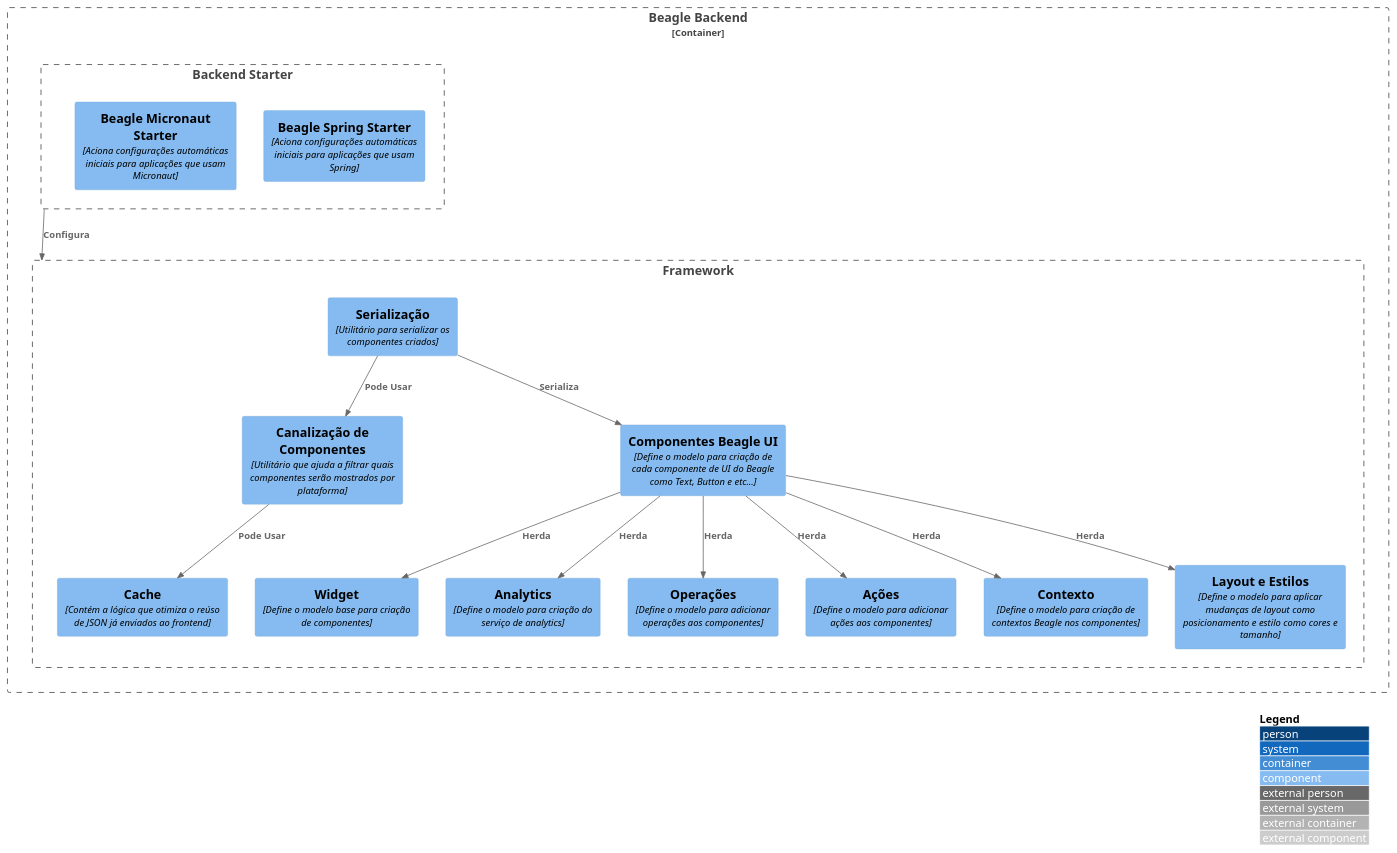
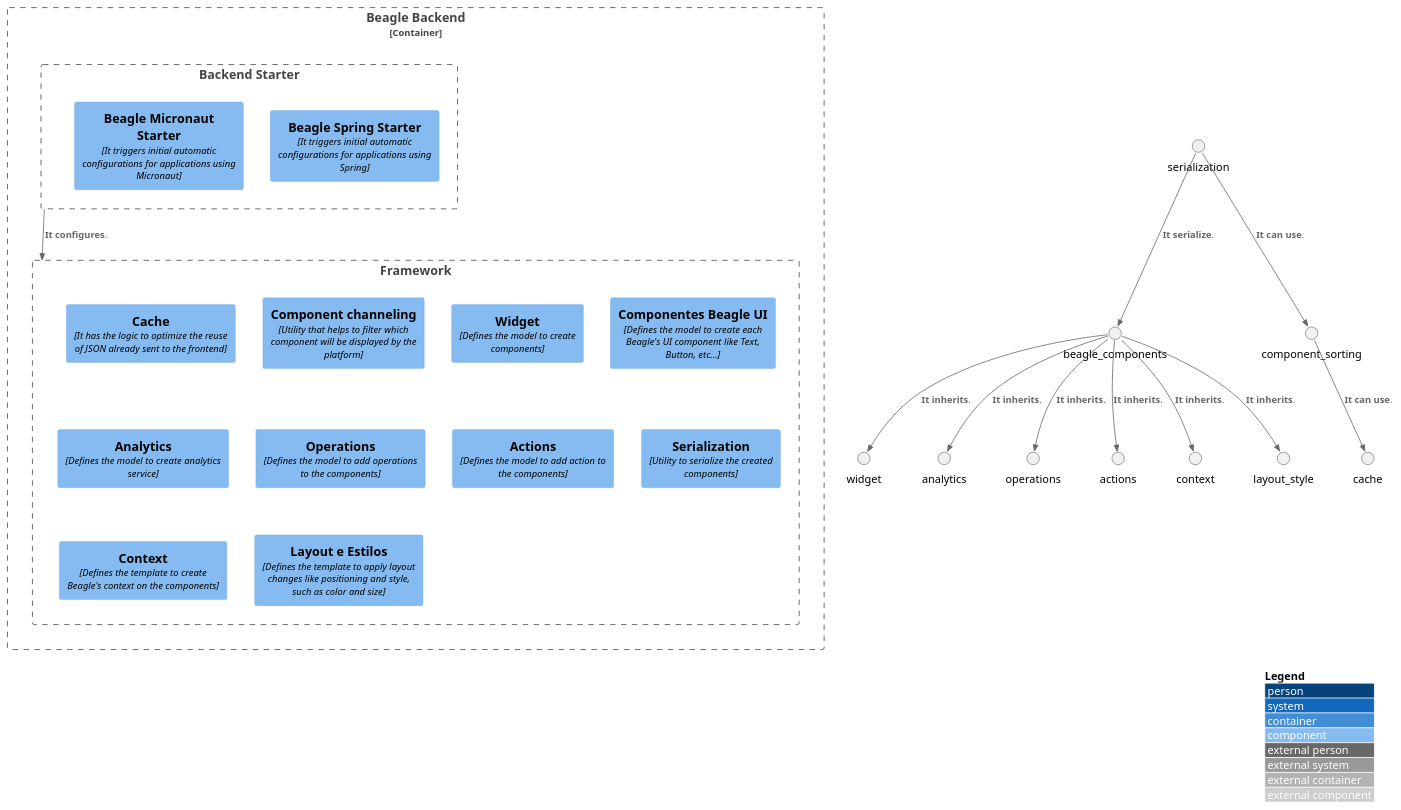
One commit to ZupIT/beagle-c4model changed the diagram in en/src/C3 -  Component/Beagle Backend/c3.puml. Above: the diagram before and after it, drawn with PlantUML.

Commit message:
Update en/src/C3 -  Component/Beagle Backend/c3.puml

```diff
--- a/en/src/C3 -  Component/Beagle Backend/c3.puml
+++ b/en/src/C3 -  Component/Beagle Backend/c3.puml
@@ -1,40 +1,40 @@
 @startuml c2
 !include https://raw.githubusercontent.com/adrianvlupu/C4-PlantUML/latest/C4_Component.puml
 LAYOUT_WITH_LEGEND()
 
 Container_Boundary(beagle_backend, "Beagle Backend"){
 
   Boundary(backend_starter, "Backend Starter"){
-    Component(backend_starter_spring, "Beagle Spring Starter", "Aciona configurações automáticas iniciais para aplicações que usam Spring")
-    Component(backend_starter_micronaut, "Beagle Micronaut Starter", "Aciona configurações automáticas iniciais para aplicações que usam Micronaut")
+    Component(backend_starter_spring, "Beagle Spring Starter", "It triggers initial automatic configurations for applications using Spring").
+    Component(backend_starter_micronaut, "Beagle Micronaut Starter", "It triggers initial automatic configurations for applications using Micronaut").
   }
 
   Boundary(framework, "Framework"){
-    Component(cache, "Cache", "Contém a lógica que otimiza o reúso de JSON já enviados ao frontend")
-    Component(component_sorting, "Canalização de Componentes", "Utilitário que ajuda a filtrar quais componentes serão mostrados por plataforma")
-    Component(widget, "Widget", "Define o modelo base para criação de componentes")
-    Component(beagle_components, "Componentes Beagle UI", "Define o modelo para criação de cada componente de UI do Beagle como Text, Button e etc...")
-    Component(analytics, "Analytics", "Define o modelo para criação do serviço de analytics")
-    Component(operations, "Operações", "Define o modelo para adicionar operações aos componentes")
-    Component(actions, "Ações", "Define o modelo para adicionar ações aos componentes")
-    Component(serialization, "Serialização", "Utilitário para serializar os componentes criados")
-    Component(context, "Contexto", "Define o modelo para criação de contextos Beagle nos componentes")
-    Component(layout_style, "Layout e Estilos", "Define o modelo para aplicar mudanças de layout como posicionamento e estilo como cores e tamanho")
+    Component(cache, "Cache", "It has the logic to optimize the reuse of JSON already sent to the frontend").
+    Component(component_sorting, "Component channeling", "Utility that helps to filter which component will be displayed by the platform").
+    Component(widget, "Widget", "Defines the model to create components").
+    Component(beagle_components, "Componentes Beagle UI", "Defines the model to create each Beagle's UI component like Text, Button, etc...").
+    Component(analytics, "Analytics", "Defines the model to create analytics service").
+    Component(operations, "Operations", "Defines the model to add operations to the components").
+    Component(actions, "Actions", "Defines the model to add action to the components").
+    Component(serialization, "Serialization", "Utility to serialize the created components").
+    Component(context, "Context", "Defines the template to create Beagle's context on the components").
+    Component(layout_style, "Layout e Estilos", "Defines the template to apply layout changes like positioning and style, such as color and size").
   }
 
 }
 
-Rel(backend_starter,framework, "Configura")
+Rel(backend_starter,framework, "It configures").
 
-Rel(serialization, beagle_components, "Serializa")
-Rel(serialization, component_sorting, "Pode Usar")
-Rel(component_sorting, cache, "Pode Usar")
-Rel(beagle_components,widget, "Herda")
-Rel(beagle_components,analytics, "Herda")
-Rel(beagle_components,operations, "Herda")
-Rel(beagle_components,actions, "Herda")
-Rel(beagle_components,context, "Herda")
-Rel(beagle_components,layout_style, "Herda")
+Rel(serialization, beagle_components, "It serialize").
+Rel(serialization, component_sorting, "It can use").
+Rel(component_sorting, cache, "It can use").
+Rel(beagle_components,widget, "It inherits").
+Rel(beagle_components,analytics, "It inherits").
+Rel(beagle_components,operations, "It inherits").
+Rel(beagle_components,actions, "It inherits").
+Rel(beagle_components,context, "It inherits").
+Rel(beagle_components,layout_style, "It inherits").
 
 
 @enduml
```
